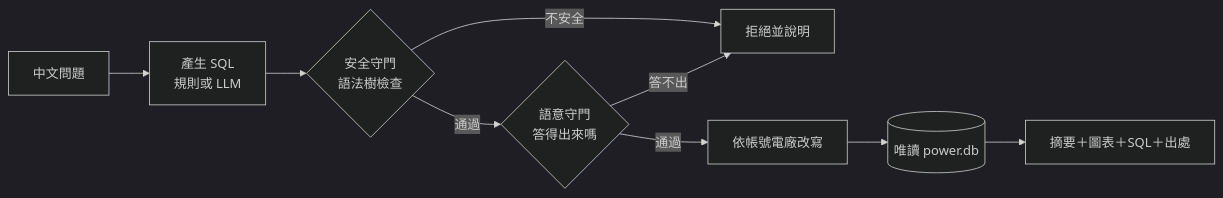
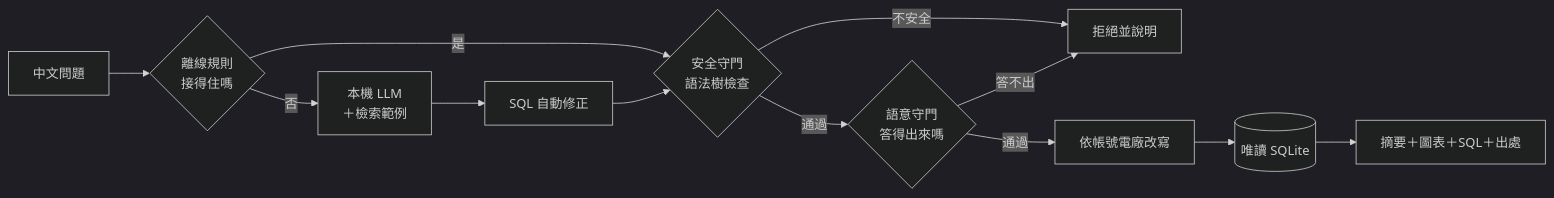
One commit to kayla162/gridlens-tw changed the diagram in README.md. Above: the diagram before and after it, drawn with Mermaid (dark theme). The commit also changed other lines of this file and 2 other files, not shown here.

````diff
--- a/README.md
+++ b/README.md
@@ -39,10 +64,10 @@
 ```mermaid
 flowchart LR
-    Q[中文問題] --> S[產生 SQL<br/>規則或 LLM]
-    S --> G1{安全守門<br/>語法樹檢查}
-    G1 -- 不安全 --> X[拒絕並說明]
+    Q[中文問題] --> R{離線規則<br/>接得住嗎}
+    R -- 是 --> G1
+    R -- 否 --> L[本機 LLM<br/>＋檢索範例] --> F[SQL 自動修正] --> G1
+    G1{安全守門<br/>語法樹檢查} -- 不安全 --> X[拒絕並說明]
     G1 -- 通過 --> G2{語意守門<br/>答得出來嗎}
     G2 -- 答不出 --> X
-    G2 -- 通過 --> P[依帳號電廠改寫]
-    P --> DB[(唯讀 power.db)] --> A[摘要＋圖表＋SQL＋出處]
+    G2 -- 通過 --> P[依帳號電廠改寫] --> DB[(唯讀 SQLite)] --> A[摘要＋圖表＋SQL＋出處]
 ```
````
